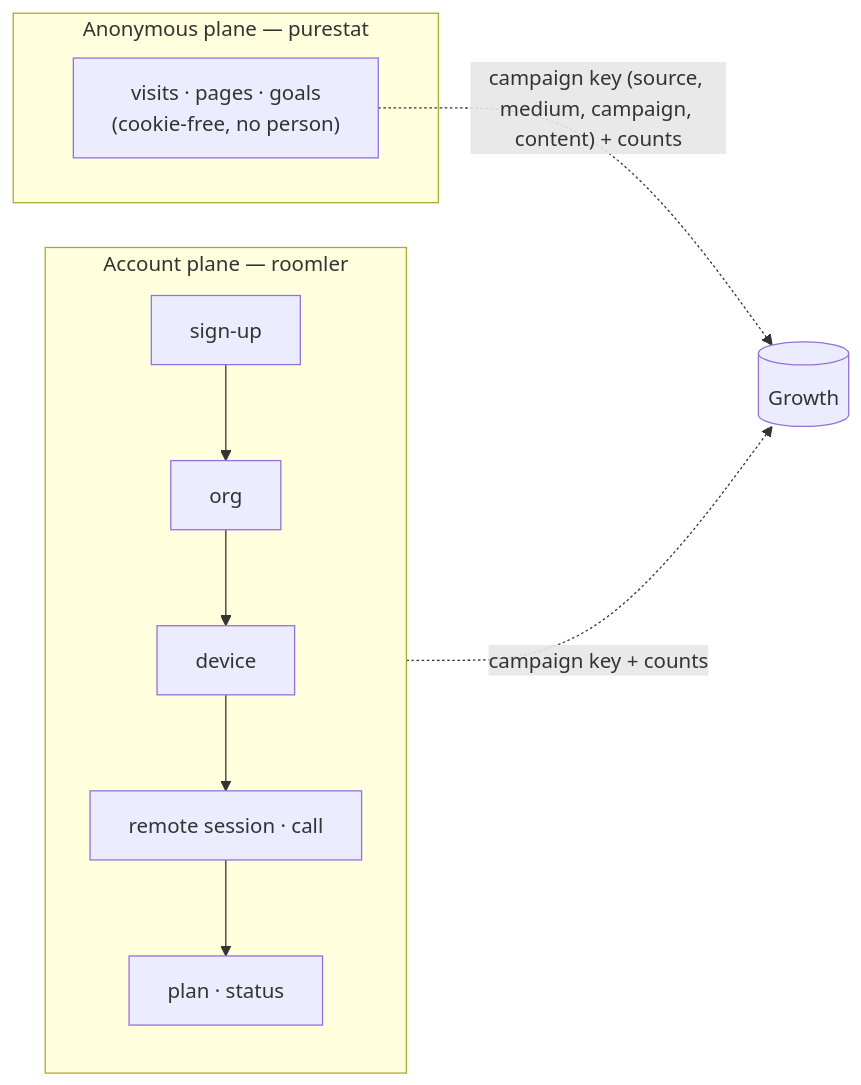
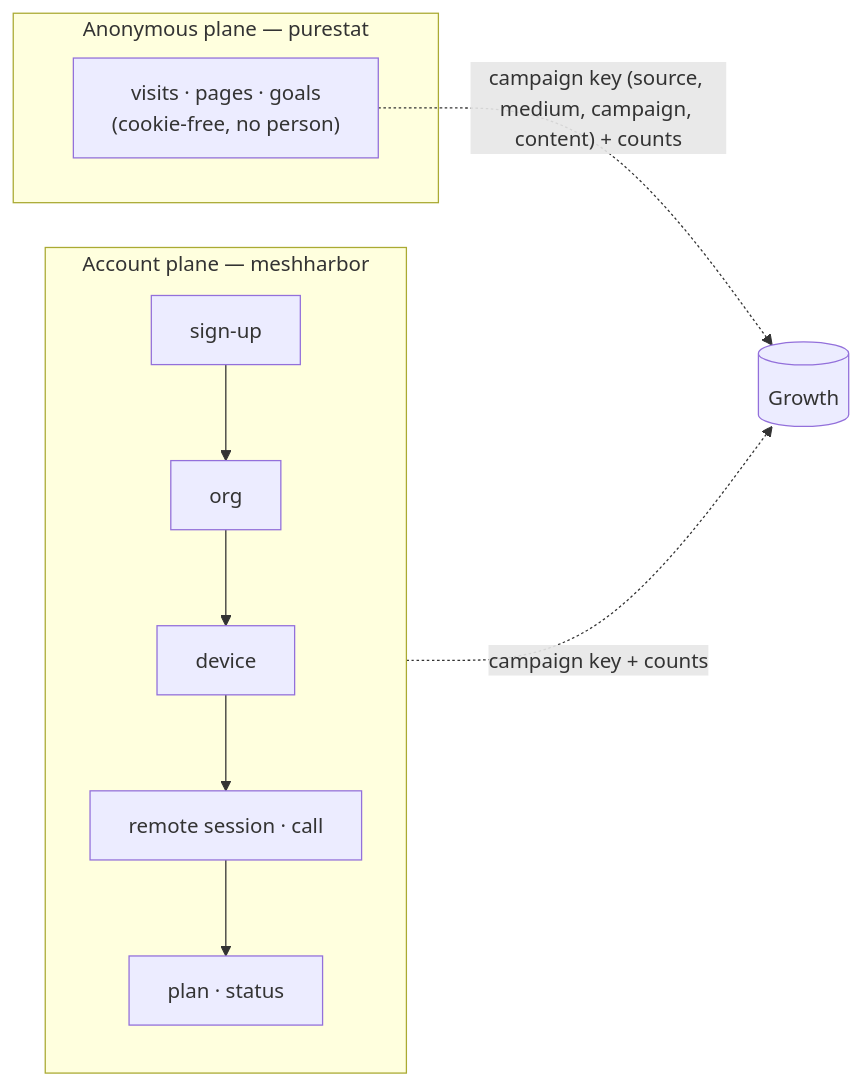
One commit to jk-zhang-meta/MeshHarbor changed the first of 20 diagrams in docs/growth-observability.md. Above: the diagram before and after it, drawn with Mermaid. The commit also changed other lines of this file and 682 other files, not shown here.

````diff
--- a/docs/growth-observability.md
+++ b/docs/growth-observability.md
@@ -25,11 +25,11 @@
 ```mermaid
 flowchart LR
   subgraph anon["Anonymous plane — purestat"]
     V["visits · pages · goals<br/>(cookie-free, no person)"]
   end
-  subgraph acct["Account plane — roomler"]
+  subgraph acct["Account plane — meshharbor"]
     S["sign-up"] --> O["org"] --> D["device"] --> U["remote session · call"] --> R["plan · status"]
   end
   V -. "campaign key (source, medium, campaign, content) + counts" .-> G[("Growth")]
   acct -. "campaign key + counts" .-> G
 ```
````
